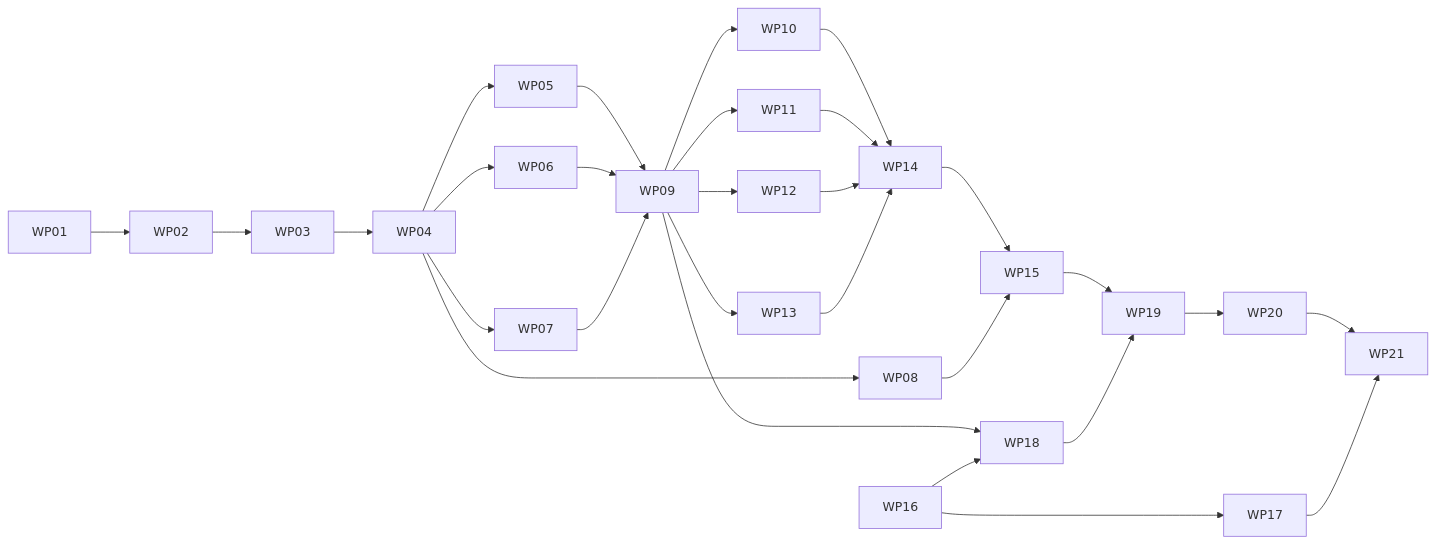
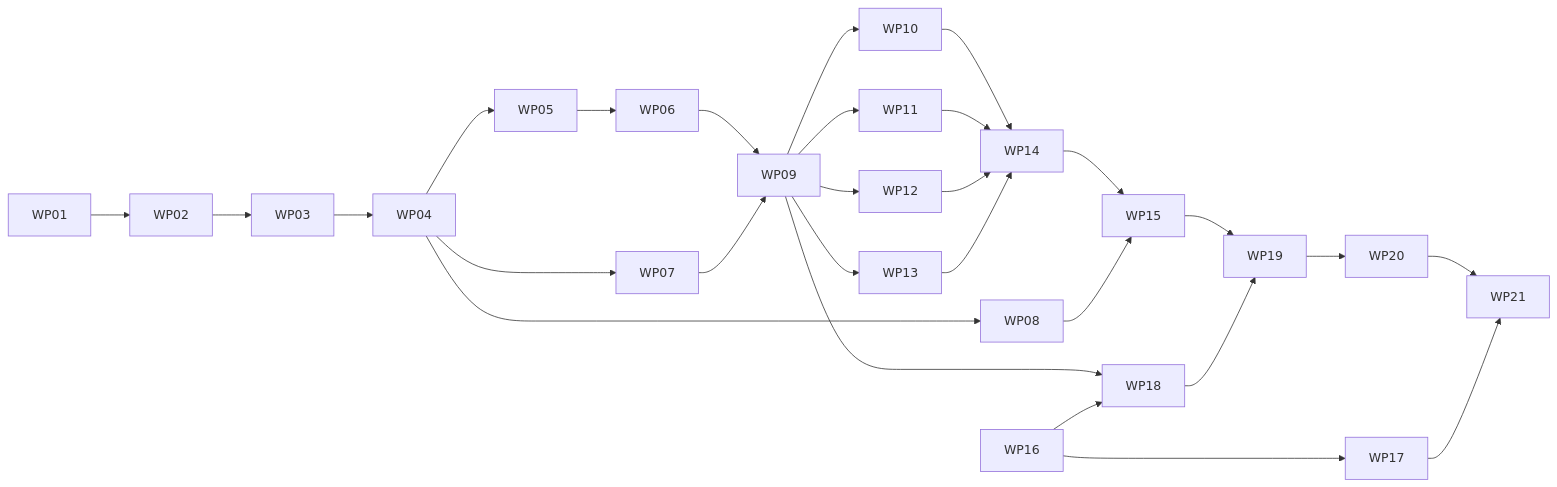
Before and after one commit to unknownlab/telos: the second of 2 diagrams in kitty-specs/semantic-foundation-rebuild-01M5JFR0/plan.md, drawn with Mermaid. The commit also changed other lines of this file and 2 other files, not shown here.

Commit message:
docs(plan): sequence WP06 after WP05 and pin MCP tool input schemas
Derive tool input schemas with toolInputSchema, skip non-object tools, and record that WP01 creates the workspace manifest test.

````diff
--- a/kitty-specs/semantic-foundation-rebuild-01M5JFR0/plan.md
+++ b/kitty-specs/semantic-foundation-rebuild-01M5JFR0/plan.md
@@ -145,13 +145,14 @@
 ```mermaid
 flowchart LR
   WP01 --> WP02 --> WP03 --> WP04
-  WP04 --> WP05 & WP06 & WP07 & WP08
-  WP05 & WP06 & WP07 --> WP09
+  WP04 --> WP05 & WP07 & WP08
+  WP05 --> WP06
+  WP06 & WP07 --> WP09
   WP09 --> WP10 & WP11 & WP12 & WP13
   WP10 & WP11 & WP12 & WP13 --> WP14
   WP14 & WP08 --> WP15
   WP16 --> WP17
   WP09 & WP16 --> WP18
   WP15 & WP18 --> WP19 --> WP20
   WP20 & WP17 --> WP21
 ```
````
